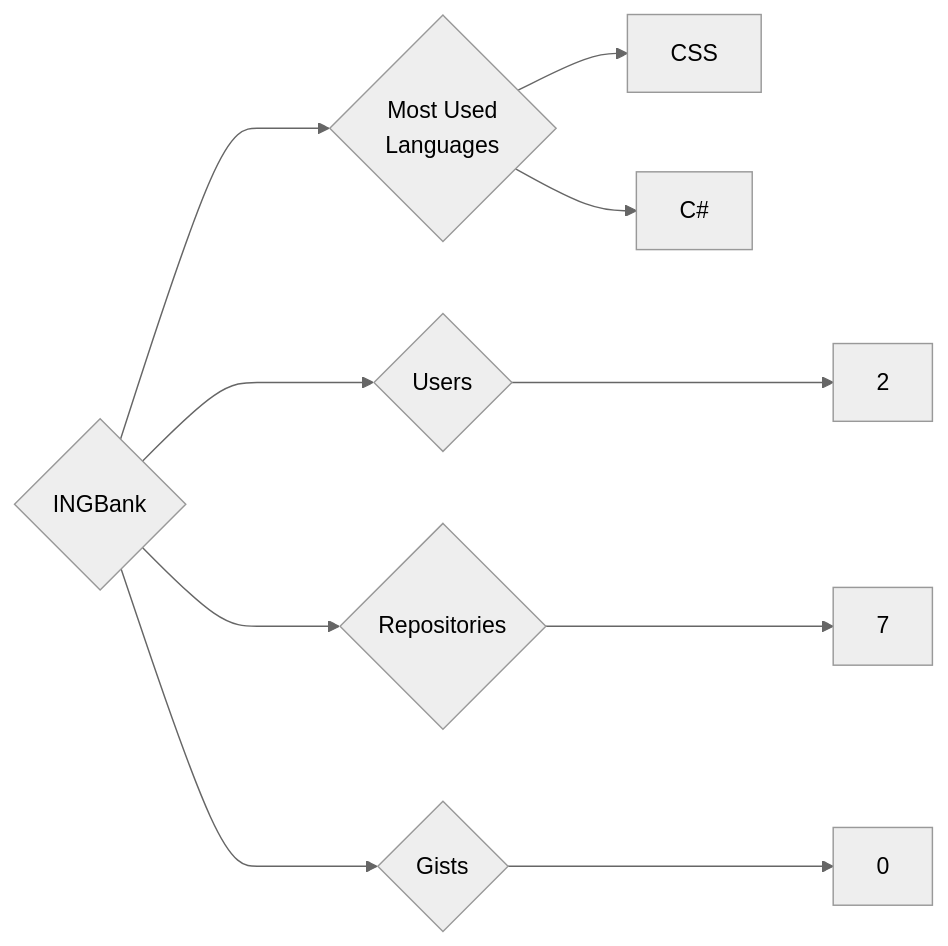
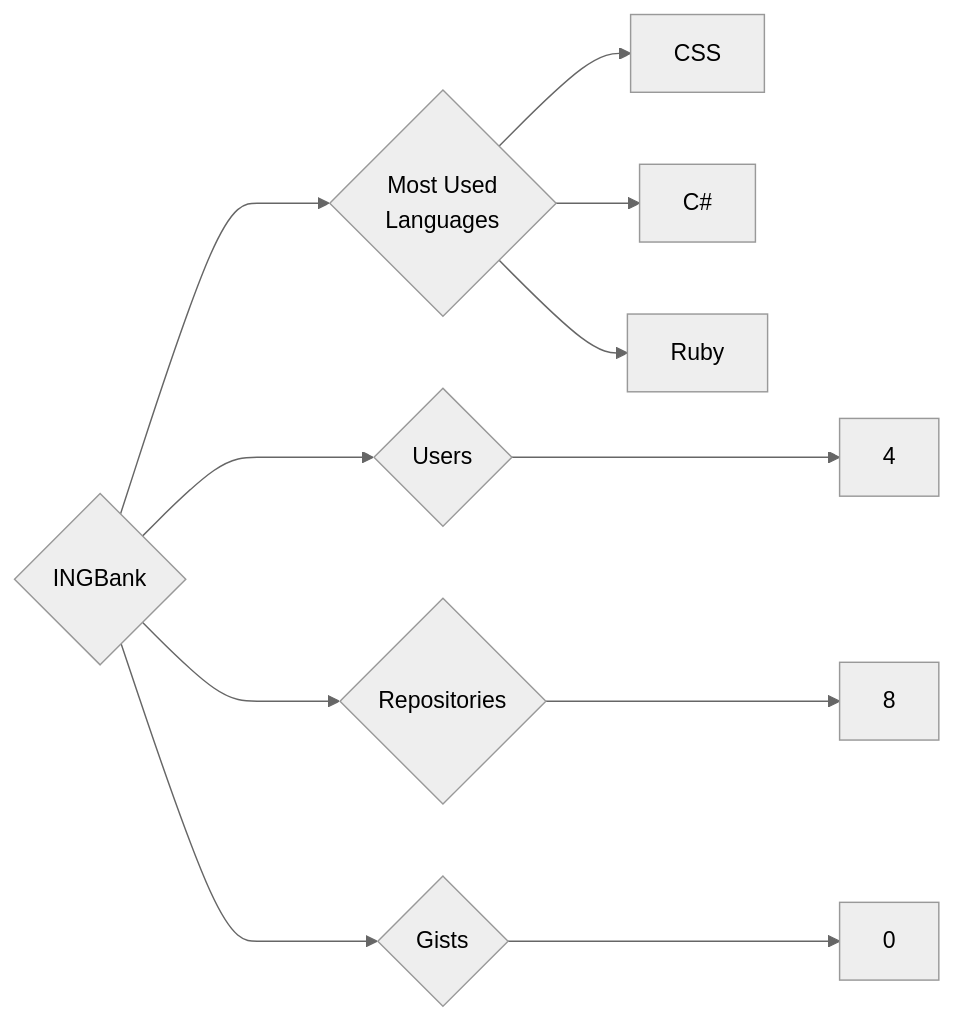
One commit to trickest/insiders changed the diagram in targets/INGBank/README.md. Above: the diagram before and after it, drawn with Mermaid (neutral theme). The commit also changed 594 other files, not shown here.

````diff
--- a/targets/INGBank/README.md
+++ b/targets/INGBank/README.md
@@ -3,10 +3,11 @@
 ```mermaid
 graph LR
 COMPANY_NAME{INGBank}
-COMPANY_NAME ---> U{Users} ---> UN[2]
-COMPANY_NAME ---> R{Repositories} ---> RN[7]
+COMPANY_NAME ---> U{Users} ---> UN[4]
+COMPANY_NAME ---> R{Repositories} ---> RN[8]
 COMPANY_NAME ---> G{Gists} ---> GN[0]
 COMPANY_NAME ---> ML{Most Used<br>Languages}
 ML --> CSS[CSS]
 ML --> C#[C#]
+ML --> Ruby[Ruby]
 ```
````
